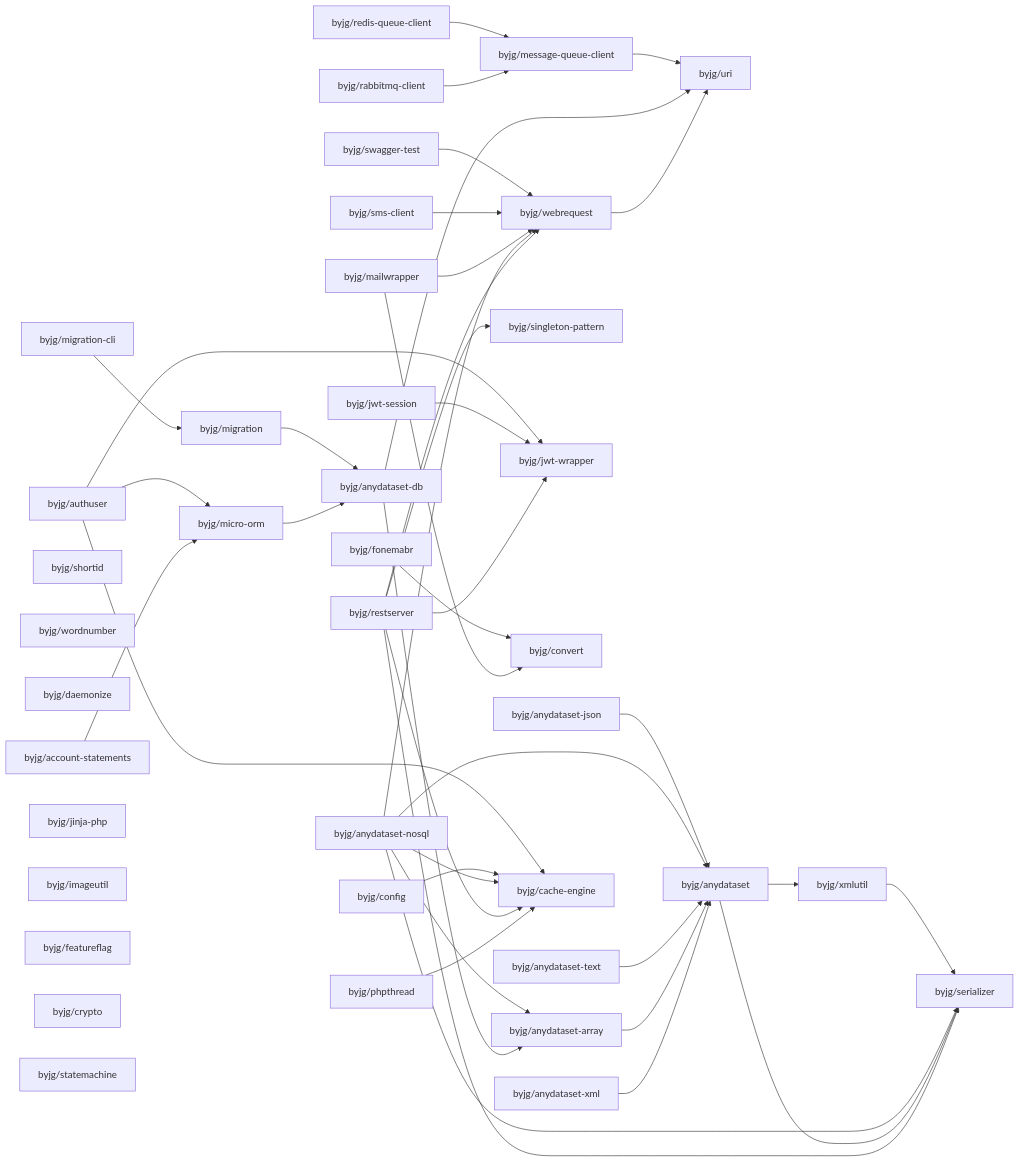
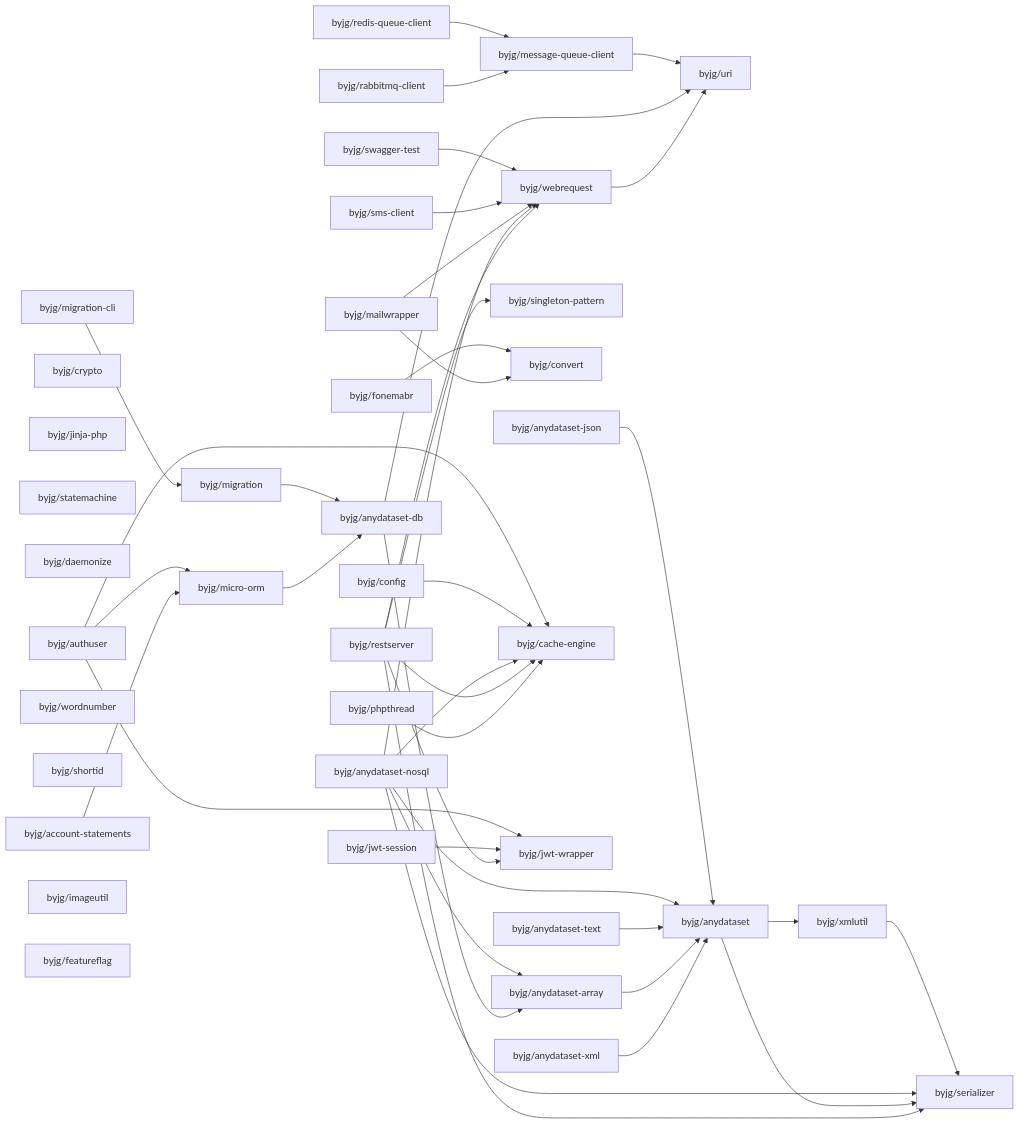
Before and after one commit to byjg/byjg.github.io: the diagram in docs/php/README.md, drawn with Mermaid. The commit also changed other lines of this file and 15 other files, not shown here.

Commit message:
Update documentation 'php' 'php-anydataset-db'

````diff
--- a/docs/php/README.md
+++ b/docs/php/README.md
@@ -3,80 +3,80 @@
 ```mermaid
 graph LR;
   byjg/migration-cli;
+  byjg/crypto;
+  byjg/swagger-test;
+  byjg/anydataset-xml;
+  byjg/redis-queue-client;
+  byjg/restserver;
+  byjg/sms-client;
+  byjg/jinja-php;
+  byjg/statemachine;
+  byjg/daemonize;
+  byjg/mailwrapper;
+  byjg/fonemabr;
+  byjg/account-statements;
+  byjg/anydataset-nosql;
+  byjg/anydataset-text;
+  byjg/phpthread;
+  byjg/wordnumber;
   byjg/jwt-session;
+  byjg/shortid;
   byjg/config;
-  byjg/account-statements;
-  byjg/shortid;
-  byjg/sms-client;
-  byjg/restserver;
-  byjg/wordnumber;
-  byjg/phpthread;
-  byjg/daemonize;
   byjg/authuser;
-  byjg/anydataset-xml;
+  byjg/imageutil;
   byjg/anydataset-json;
-  byjg/redis-queue-client;
-  byjg/jinja-php;
-  byjg/imageutil;
-  byjg/swagger-test;
+  byjg/rabbitmq-client;
   byjg/featureflag;
-  byjg/crypto;
-  byjg/anydataset-text;
-  byjg/mailwrapper;
-  byjg/statemachine;
-  byjg/fonemabr;
-  byjg/rabbitmq-client;
-  byjg/anydataset-nosql;
   byjg/migration;
   byjg/singleton-pattern;
+  byjg/convert;
+  byjg/webrequest;
   byjg/micro-orm;
+  byjg/cache-engine;
   byjg/jwt-wrapper;
-  byjg/convert;
   byjg/message-queue-client;
-  byjg/webrequest;
-  byjg/cache-engine;
   byjg/anydataset-db;
   byjg/anydataset-array;
   byjg/uri;
   byjg/anydataset;
   byjg/xmlutil;
   byjg/serializer;
   byjg/migration --> byjg/anydataset-db;
   byjg/fonemabr --> byjg/convert;
   byjg/swagger-test --> byjg/webrequest;
   byjg/authuser --> byjg/micro-orm;
   byjg/authuser --> byjg/cache-engine;
   byjg/authuser --> byjg/jwt-wrapper;
   byjg/config --> byjg/cache-engine;
   byjg/message-queue-client --> byjg/uri;
   byjg/sms-client --> byjg/webrequest;
   byjg/xmlutil --> byjg/serializer;
   byjg/anydataset-json --> byjg/anydataset;
   byjg/mailwrapper --> byjg/convert;
   byjg/mailwrapper --> byjg/webrequest;
   byjg/anydataset-nosql --> byjg/anydataset;
   byjg/anydataset-nosql --> byjg/anydataset-array;
   byjg/anydataset-nosql --> byjg/serializer;
   byjg/anydataset-nosql --> byjg/webrequest;
   byjg/anydataset-nosql --> byjg/cache-engine;
   byjg/migration-cli --> byjg/migration;
   byjg/redis-queue-client --> byjg/message-queue-client;
   byjg/jwt-session --> byjg/jwt-wrapper;
   byjg/anydataset --> byjg/serializer;
   byjg/anydataset --> byjg/xmlutil;
   byjg/anydataset-db --> byjg/anydataset-array;
   byjg/anydataset-db --> byjg/uri;
   byjg/anydataset-text --> byjg/anydataset;
   byjg/restserver --> byjg/serializer;
   byjg/restserver --> byjg/singleton-pattern;
   byjg/restserver --> byjg/cache-engine;
   byjg/restserver --> byjg/webrequest;
   byjg/restserver --> byjg/jwt-wrapper;
   byjg/account-statements --> byjg/micro-orm;
   byjg/webrequest --> byjg/uri;
   byjg/micro-orm --> byjg/anydataset-db;
   byjg/anydataset-array --> byjg/anydataset;
   byjg/anydataset-xml --> byjg/anydataset;
   byjg/phpthread --> byjg/cache-engine;
   byjg/rabbitmq-client --> byjg/message-queue-client;
 ```
````
